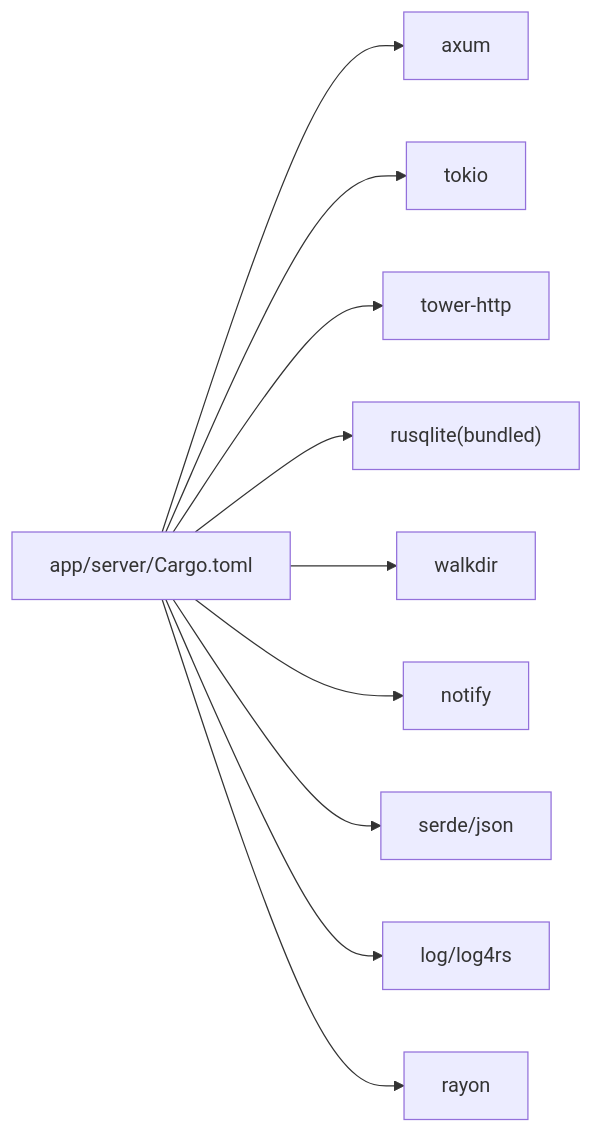
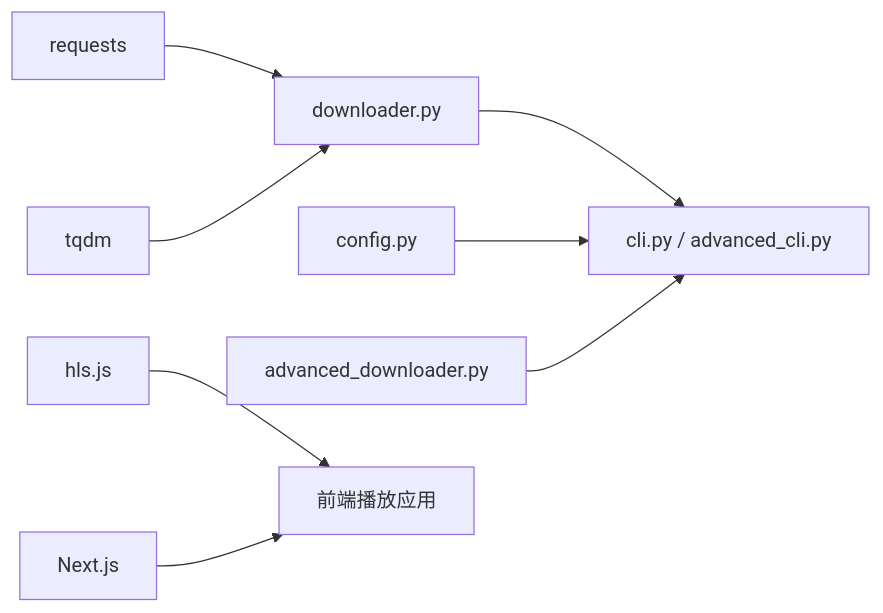
Before and after one commit to Sunrisies/videos: the fourth of 4 diagrams in .qoder/repowiki/zh/content/快速开始.md, drawn with Mermaid. The commit also changed other lines of this file and 26 other files, not shown here.

````diff
--- a/.qoder/repowiki/zh/content/快速开始.md
+++ b/.qoder/repowiki/zh/content/快速开始.md
@@ -271,12 +217,10 @@
 ```mermaid
 graph LR
-P["app/server/Cargo.toml"] --> AX["axum"]
-P --> TK["tokio"]
-P --> TH["tower-http"]
-P --> RS["rusqlite(bundled)"]
-P --> WD["walkdir"]
-P --> NF["notify"]
-P --> SD["serde/json"]
-P --> LG["log/log4rs"]
-P --> RY["rayon"]
+PY_REQ["requests"] --> PY_DL["downloader.py"]
+PY_TQDM["tqdm"] --> PY_DL
+PY_DL --> PY_CLI["cli.py / advanced_cli.py"]
+PY_CFG["config.py"] --> PY_CLI
+PY_ADV["advanced_downloader.py"] --> PY_CLI
+WEB_HLS["hls.js"] --> WEB_APP["前端播放应用"]
+WEB_NEXT["Next.js"] --> WEB_APP
 ```
````
